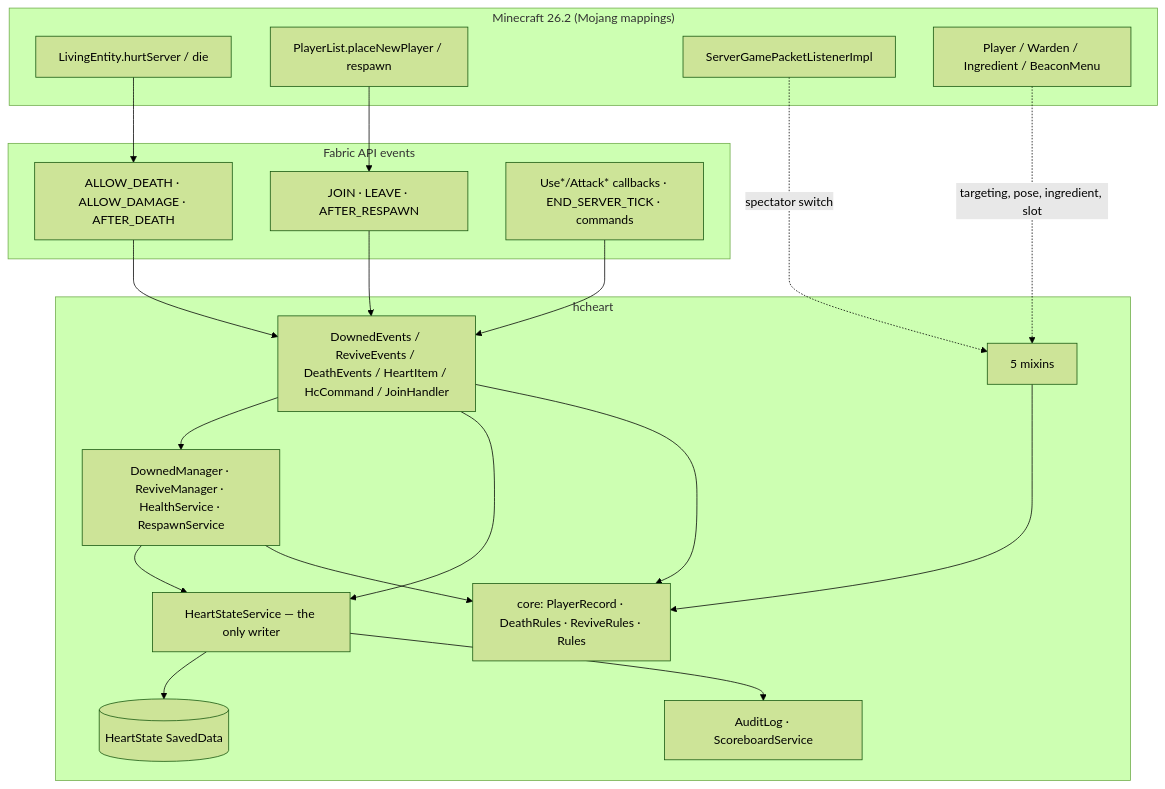
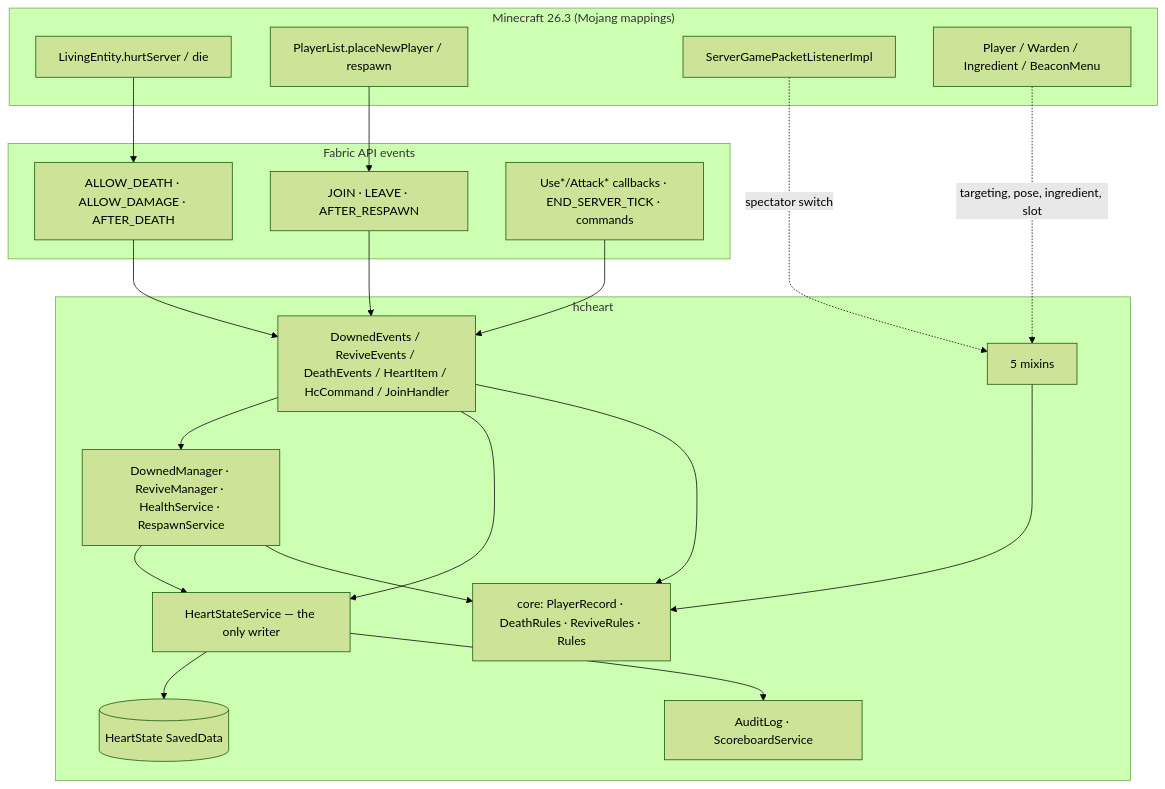
Before and after one commit to MusaMisto/FracturedHardcore: the first of 2 diagrams in README.md, drawn with Mermaid (forest theme). The commit also changed other lines of this file and 9 other files, not shown here.

````diff
--- a/README.md
+++ b/README.md
@@ -293,33 +293,33 @@
 ```mermaid
 flowchart TB
-    subgraph Vanilla["Minecraft 26.2 (Mojang mappings)"]
+    subgraph Vanilla["Minecraft 26.3 (Mojang mappings)"]
         V1["LivingEntity.hurtServer / die"]
         V2["PlayerList.placeNewPlayer / respawn"]
         V3["ServerGamePacketListenerImpl"]
         V4["Player / Warden / Ingredient / BeaconMenu"]
     end
     subgraph Fabric["Fabric API events"]
         E1["ALLOW_DEATH · ALLOW_DAMAGE · AFTER_DEATH"]
         E2["JOIN · LEAVE · AFTER_RESPAWN"]
         E3["Use*/Attack* callbacks · END_SERVER_TICK · commands"]
     end
     subgraph Mod["hcheart"]
         M1["DownedEvents / ReviveEvents / DeathEvents / HeartItem / HcCommand / JoinHandler"]
         M2["DownedManager · ReviveManager · HealthService · RespawnService"]
         M3["HeartStateService — the only writer"]
         M4[(HeartState SavedData)]
         M5["AuditLog · ScoreboardService"]
         MX["5 mixins"]
         C["core: PlayerRecord · DeathRules · ReviveRules · Rules"]
     end
     V1 --> E1 --> M1
     V2 --> E2 --> M1
     V4 -. targeting, pose, ingredient, slot .-> MX
     V3 -. spectator switch .-> MX
     E3 --> M1
     M1 --> M2 --> M3
     M1 --> M3
     M3 --> M4
     M3 --> M5
     M1 & M2 & MX --> C
 ```
````
